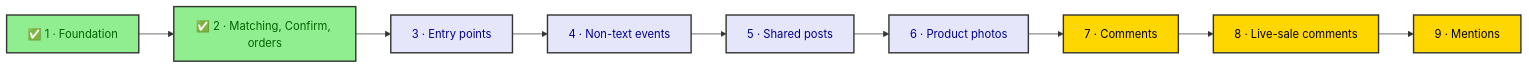
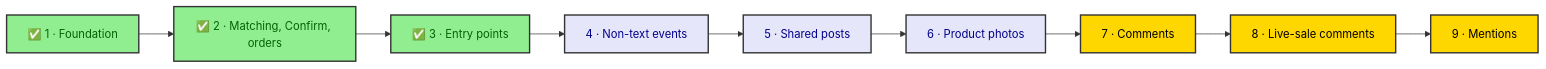
One commit to nabil404/project-alpha changed the diagram in docs/features/11-ai-implementation/progress.md. Above: the diagram before and after it, drawn with Mermaid. The commit also changed other lines of this file and 8 other files, not shown here.

Commit message:
docs: entry points built; progress, conversations, orders, catalog and Meta setup

````diff
--- a/docs/features/11-ai-implementation/progress.md
+++ b/docs/features/11-ai-implementation/progress.md
@@ -25,15 +26,15 @@
 ```mermaid
 flowchart LR
     p1["✅ 1 · Foundation"]:::built --> p2["✅ 2 · Matching, Confirm, orders"]:::built
-    p2 --> p3["3 · Entry points"]:::todo
+    p2 --> p3["✅ 3 · Entry points"]:::built
     p3 --> p4["4 · Non-text events"]:::todo
     p4 --> p5["5 · Shared posts"]:::todo
     p5 --> p6["6 · Product photos"]:::todo
     p6 --> p7["7 · Comments"]:::cut
     p7 --> p8["8 · Live-sale comments"]:::cut
     p8 --> p9["9 · Mentions"]:::cut
 
     classDef built fill:#90EE90,stroke:#333,stroke-width:2px,color:#006400
     classDef todo  fill:#E6E6FA,stroke:#333,stroke-width:2px,color:#00008B
     classDef cut   fill:#FFD700,stroke:#333,stroke-width:2px,color:#000
 ```
````
